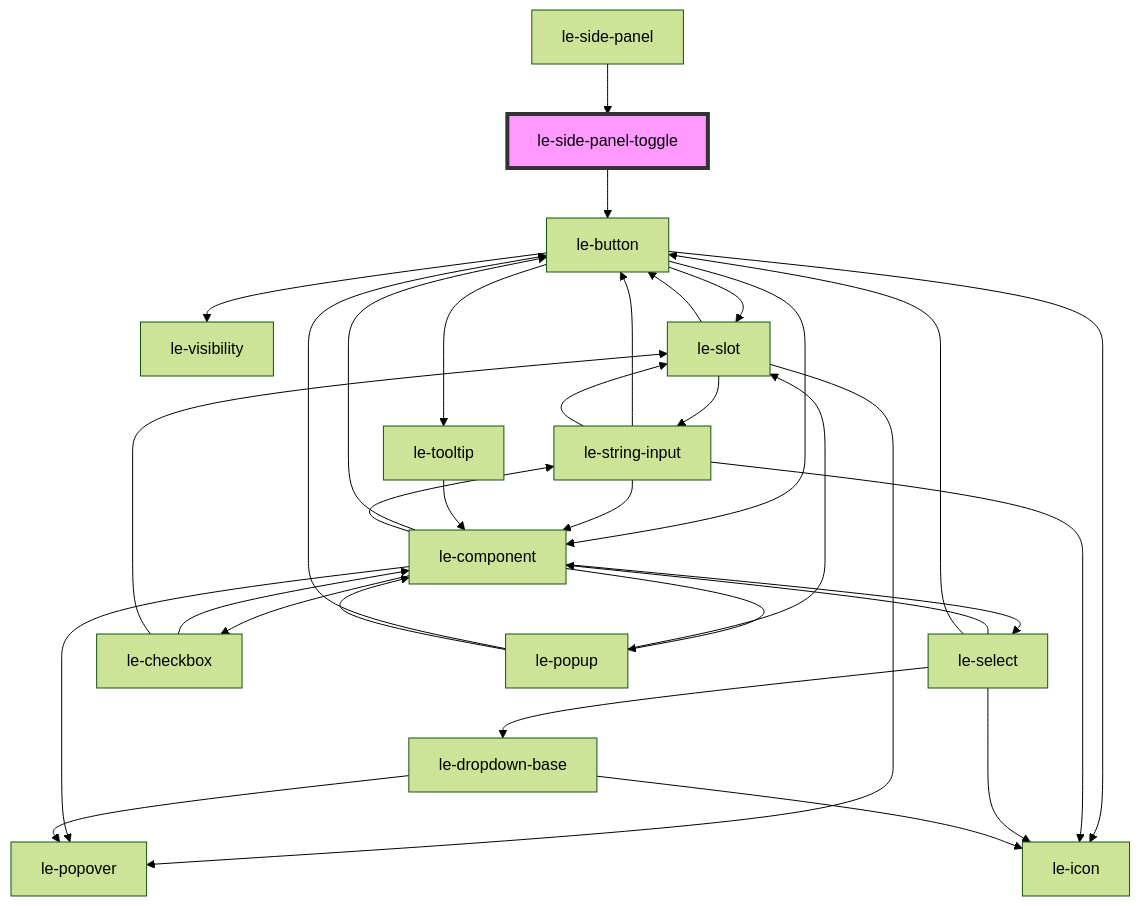
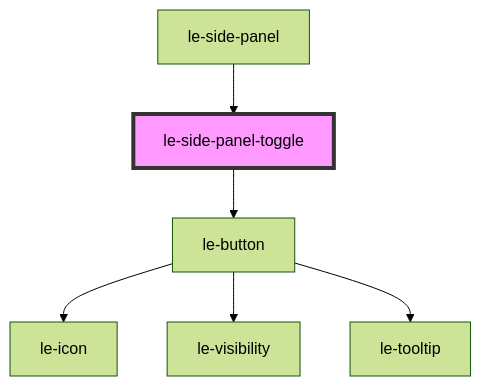
Before and after one commit to leechy/le-kit: the diagram in packages/core/src/components/le-side-panel-toggle/readme.md, drawn with Mermaid (forest theme). The commit also changed 44 other files, not shown here.

````diff
--- a/packages/core/src/components/le-side-panel-toggle/readme.md
+++ b/packages/core/src/components/le-side-panel-toggle/readme.md
@@ -49,36 +49,9 @@
 ```mermaid
 graph TD;
   le-side-panel-toggle --> le-button
   le-button --> le-icon
   le-button --> le-visibility
-  le-button --> le-slot
-  le-button --> le-component
   le-button --> le-tooltip
-  le-slot --> le-popover
-  le-slot --> le-button
-  le-slot --> le-string-input
-  le-string-input --> le-component
-  le-string-input --> le-button
-  le-string-input --> le-icon
-  le-string-input --> le-slot
-  le-component --> le-button
-  le-component --> le-select
-  le-component --> le-checkbox
-  le-component --> le-string-input
-  le-component --> le-popover
-  le-component --> le-popup
-  le-select --> le-icon
-  le-select --> le-component
-  le-select --> le-dropdown-base
-  le-select --> le-button
-  le-dropdown-base --> le-icon
-  le-dropdown-base --> le-popover
-  le-checkbox --> le-component
-  le-checkbox --> le-slot
-  le-popup --> le-slot
-  le-popup --> le-button
-  le-popup --> le-component
-  le-tooltip --> le-component
   le-side-panel --> le-side-panel-toggle
   style le-side-panel-toggle fill:#f9f,stroke:#333,stroke-width:4px
 ```
````
